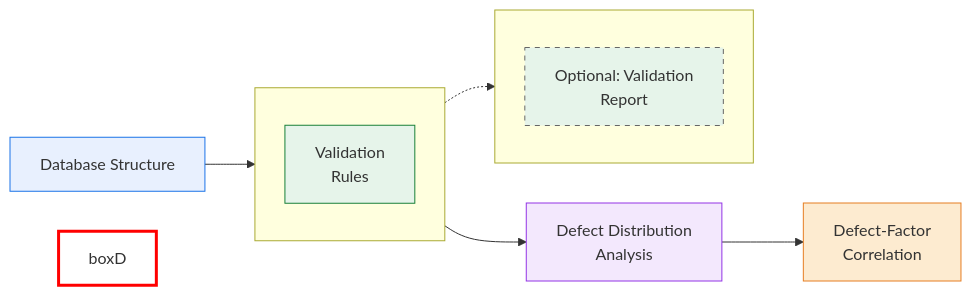
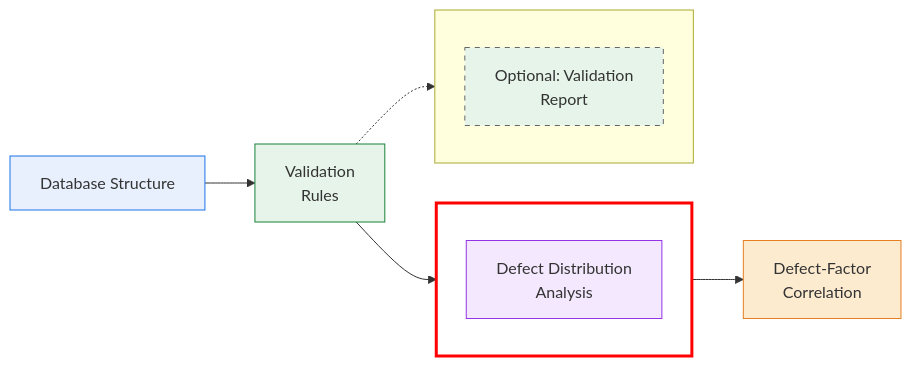
One commit to SewerDefectAnalysis/Defect_description changed the diagram in README.md. Above: the diagram before and after it, drawn with Mermaid.

````diff
--- a/README.md
+++ b/README.md
@@ -9,37 +9,37 @@
 ```mermaid
 %%{init: {'flowchart': {'nodeSpacing': 40, 'rankSpacing': 50}}}%%
 flowchart LR
 
     A[Database Structure]:::data --> B[Validation<br/>Rules]:::validation
     B --> D[Defect Distribution<br/>Analysis]:::analysis
     D --> E[Defect-Factor<br/>Correlation]:::analysisP2
 
-    subgraph boxB[ ]
+    subgraph boxD[ ]
         direction TB
-        B
+        D
     end
 
     subgraph boxC[ ]
         direction TB
         C[Optional: Validation<br/>Report]:::optional
     end
 
     style boxD stroke:#FF0000,stroke-width:3px,fill:none
 
     B -.-> C
 
 
     %% Click links
     click A "https://github.com/SewerDefectAnalysis/Database_Structure"
     click B "https://github.com/SewerDefectAnalysis/Data_validation"
     click C "https://github.com/SewerDefectAnalysis/Data_validation"
 
     %% Styles
     classDef data fill:#E8F0FE,stroke:#1A73E8
     classDef validation fill:#E6F4EA,stroke:#188038
     classDef analysis fill:#F3E8FD,stroke:#9334E6
     classDef analysisP2 fill:#FDEBD0,stroke:#E67E22
     classDef optional fill:#E6F4EA,stroke:#666666,stroke-dasharray: 5 5
 
 
 ```
````
